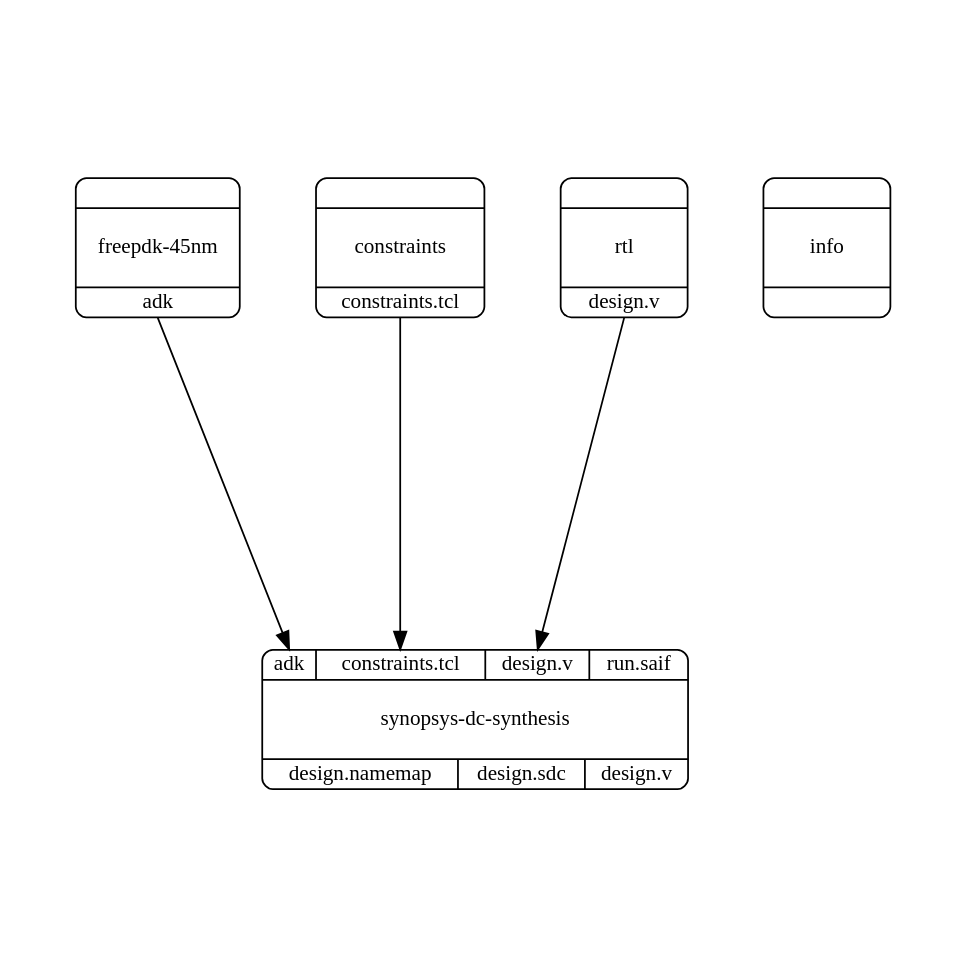
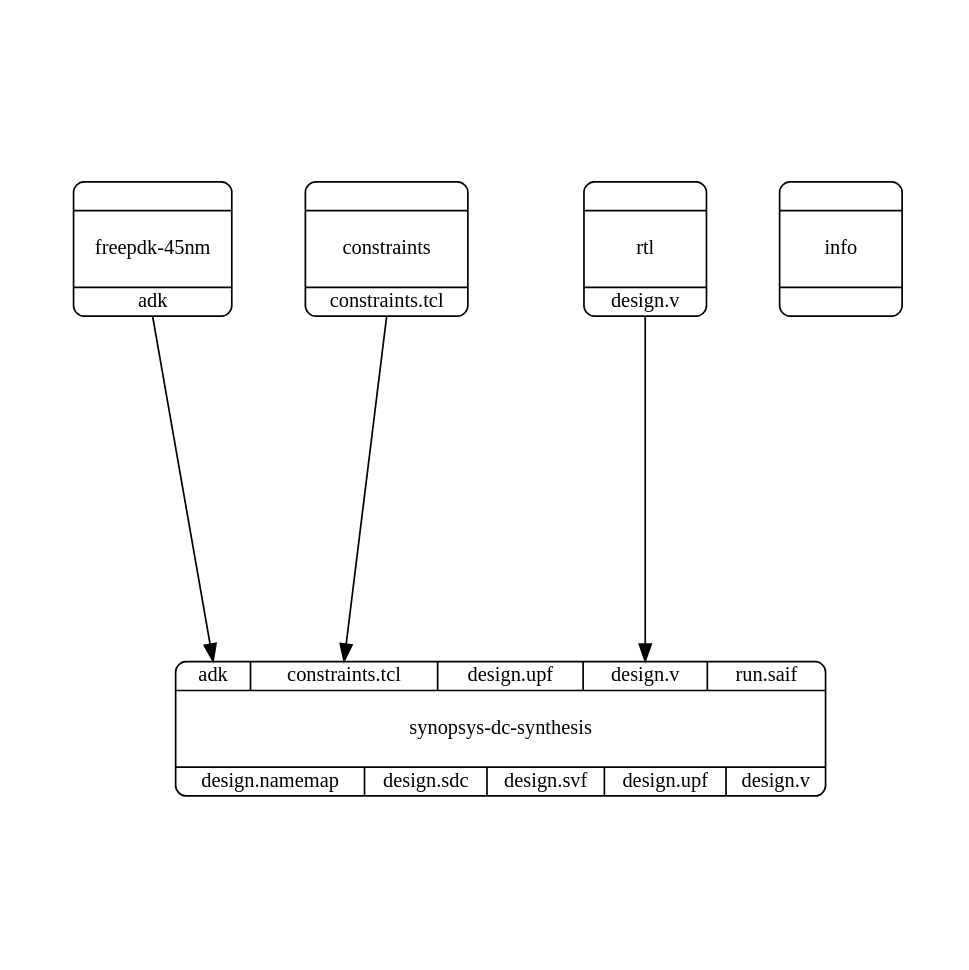
One commit to kittencc/cnn_synthesis changed the diagram in GcdUnit/build/.mflowgen/graph.dot. Above: the diagram before and after it, drawn with Graphviz. The commit also changed 860 other files, not shown here.

```diff
--- a/GcdUnit/build/.mflowgen/graph.dot
+++ b/GcdUnit/build/.mflowgen/graph.dot
@@ -1,38 +1,38 @@
 digraph {
 label="";
 labelloc="t";
 fontsize=60;
 size="8.5;11";
 ratio="fill";
 margin=0;
 pad=1;
 rankdir="TB";
 concentrate=true;
 splines=polyline;
 center=true;
 nodesep=1.2;
 ranksep=0.8;
+constraints [ fontsize=24, width=2, penwidth=2, shape=Mrecord, label="{ {  } | \n
+constraints
+
+\n\n | { <o_constraints_tcl> constraints.tcl } }", color=black ];
 freepdk_45nm [ fontsize=24, width=2, penwidth=2, shape=Mrecord, label="{ {  } | \n
 freepdk-45nm
 
 \n\n | { <o_adk> adk } }", color=black ];
 info [ fontsize=24, width=2, penwidth=2, shape=Mrecord, label="{ {  } | \n
 info
 
 \n\n | {  } }", color=black ];
 rtl [ fontsize=24, width=2, penwidth=2, shape=Mrecord, label="{ {  } | \n
 rtl
 
 \n\n | { <o_design_v> design.v } }", color=black ];
-constraints [ fontsize=24, width=2, penwidth=2, shape=Mrecord, label="{ {  } | \n
-constraints
-
-\n\n | { <o_constraints_tcl> constraints.tcl } }", color=black ];
-synopsys_dc_synthesis [ fontsize=24, width=2, penwidth=2, shape=Mrecord, label="{ { <i_adk> adk | <i_constraints_tcl> constraints.tcl | <i_design_v> design.v | <i_run_saif> run.saif } | \n
+synopsys_dc_synthesis [ fontsize=24, width=2, penwidth=2, shape=Mrecord, label="{ { <i_adk> adk | <i_constraints_tcl> constraints.tcl | <i_design_upf> design.upf | <i_design_v> design.v | <i_run_saif> run.saif } | \n
 synopsys-dc-synthesis
 
-\n\n | { <o_design_namemap> design.namemap | <o_design_sdc> design.sdc | <o_design_v> design.v } }", color=black ];
-rtl:o_design_v:s -> synopsys_dc_synthesis:i_design_v:n [ arrowsize=2, penwidth=2 ];
+\n\n | { <o_design_namemap> design.namemap | <o_design_sdc> design.sdc | <o_design_svf> design.svf | <o_design_upf> design.upf | <o_design_v> design.v } }", color=black ];
 freepdk_45nm:o_adk:s -> synopsys_dc_synthesis:i_adk:n [ arrowsize=2, penwidth=2 ];
 constraints:o_constraints_tcl:s -> synopsys_dc_synthesis:i_constraints_tcl:n [ arrowsize=2, penwidth=2 ];
+rtl:o_design_v:s -> synopsys_dc_synthesis:i_design_v:n [ arrowsize=2, penwidth=2 ];
 }
```
